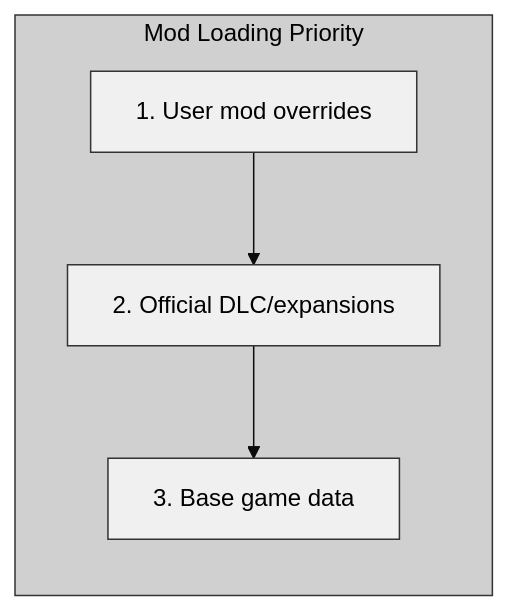
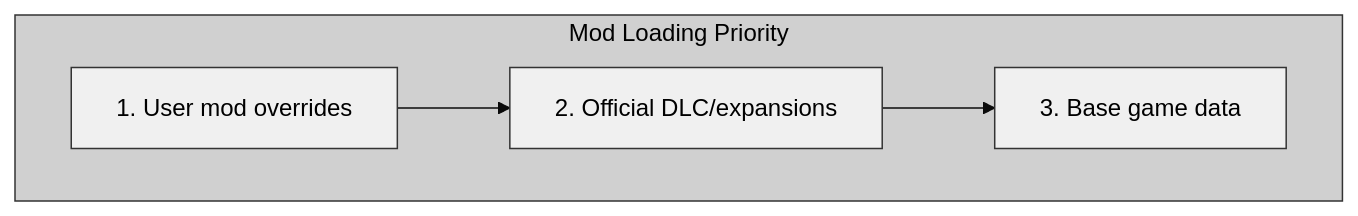
The eighth of 9 diagrams in appendix_c_file_formats.md (jukofyork/close-combat-architecture-study), drawn with Mermaid (base theme) before and after one commit. The commit also changed 8 other files, not shown here.

````diff
--- a/appendix_c_file_formats.md
+++ b/appendix_c_file_formats.md
@@ -1554,19 +1554,18 @@
 ```mermaid
 flowchart TD
     subgraph PRIORITY["Mod Loading Priority"]
-        direction TB
         P1["1. User mod overrides"]
         P2["2. Official DLC/expansions"]
         P3["3. Base game data"]
     end
     
     P1 --> P2 --> P3
     
     classDef default fill:#fff,stroke:#000,stroke-width:1px,color:#000
     classDef light fill:#f0f0f0,stroke:#333,stroke-width:1px,color:#000
     classDef medium fill:#d0d0d0,stroke:#333,stroke-width:1px,color:#000
     classDef dark fill:#b0b0b0,stroke:#000,stroke-width:2px,color:#000
 
     class PRIORITY medium
     class P1,P2,P3 light
 ```
````
